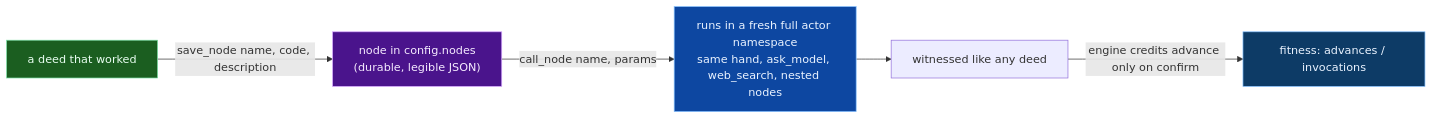
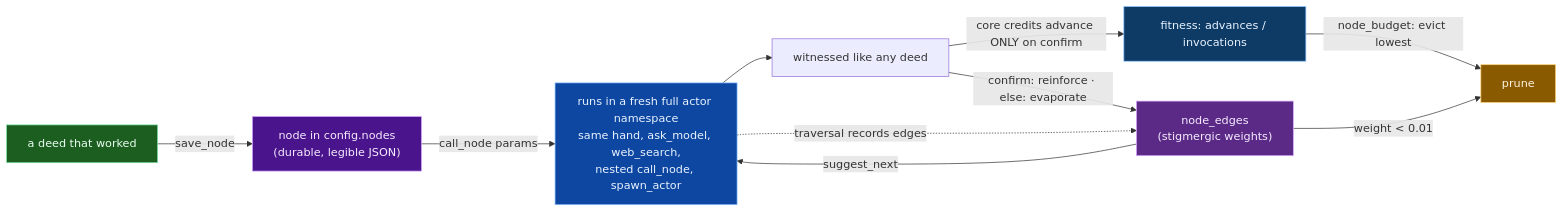
One commit to wgabrys88/endgame-ai changed diagram 18 of 18 in README.md. Above: the diagram before and after it, drawn with Mermaid. The commit also changed other lines of this file, not shown here.

First line of the commit message:
docs(readme): full deed-becomes-a-node horizon built and proven

````diff
--- a/README.md
+++ b/README.md
@@ -731,11 +732,18 @@
 ```mermaid
 flowchart LR
-    D["a deed that worked"] -->|save_node name, code, description| N["node in config.nodes<br/>(durable, legible JSON)"]
-    N -->|call_node name, params| R["runs in a fresh full actor namespace<br/>same hand, ask_model, web_search, nested nodes"]
+    D["a deed that worked"] -->|save_node| N["node in config.nodes<br/>(durable, legible JSON)"]
+    N -->|call_node params| R["runs in a fresh full actor namespace<br/>same hand, ask_model, web_search,<br/>nested call_node, spawn_actor"]
     R --> W["witnessed like any deed"]
-    W -->|engine credits advance only on confirm| F["fitness: advances / invocations"]
+    W -->|core credits advance ONLY on confirm| F["fitness: advances / invocations"]
+    R -.->|traversal records edges| G["node_edges<br/>(stigmergic weights)"]
+    W -->|confirm: reinforce · else: evaporate| G
+    G -->|suggest_next| R
+    F -->|node_budget: evict lowest| P["prune"]
+    G -->|weight < 0.01| P
     style D fill:#1b5e20,stroke:#7be0a6,color:#eafff2
     style N fill:#4a148c,stroke:#d7a9ff,color:#f6ecff
     style R fill:#0d47a1,stroke:#87c1ff,color:#eaf3ff
     style F fill:#0d3b66,stroke:#87c1ff,color:#eaf3ff
+    style G fill:#5b2a86,stroke:#d7a9ff,color:#f6ecff
+    style P fill:#8a5a00,stroke:#ffd479,color:#fff6e0
 ```
````
